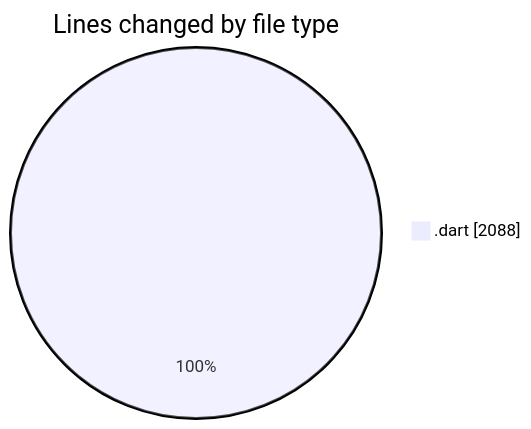
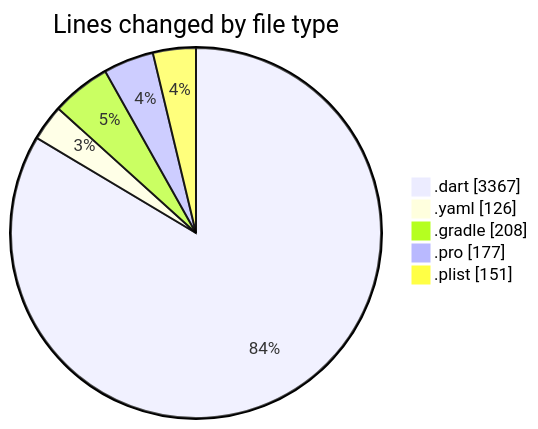
Before and after one commit to lephambinh05/code-tracking: the first of 2 diagrams in 2025-07-29/appproject/README.md, drawn with Mermaid. The commit also changed other lines of this file and 1 other file, not shown here.

````diff
--- a/2025-07-29/appproject/README.md
+++ b/2025-07-29/appproject/README.md
@@ -29,5 +37,9 @@
 ```mermaid
 pie showData
 title Lines changed by file type
-".dart" : 2088
+".dart" : 3367
+".yaml" : 126
+".gradle" : 208
+".pro" : 177
+".plist" : 151
 ```
````
